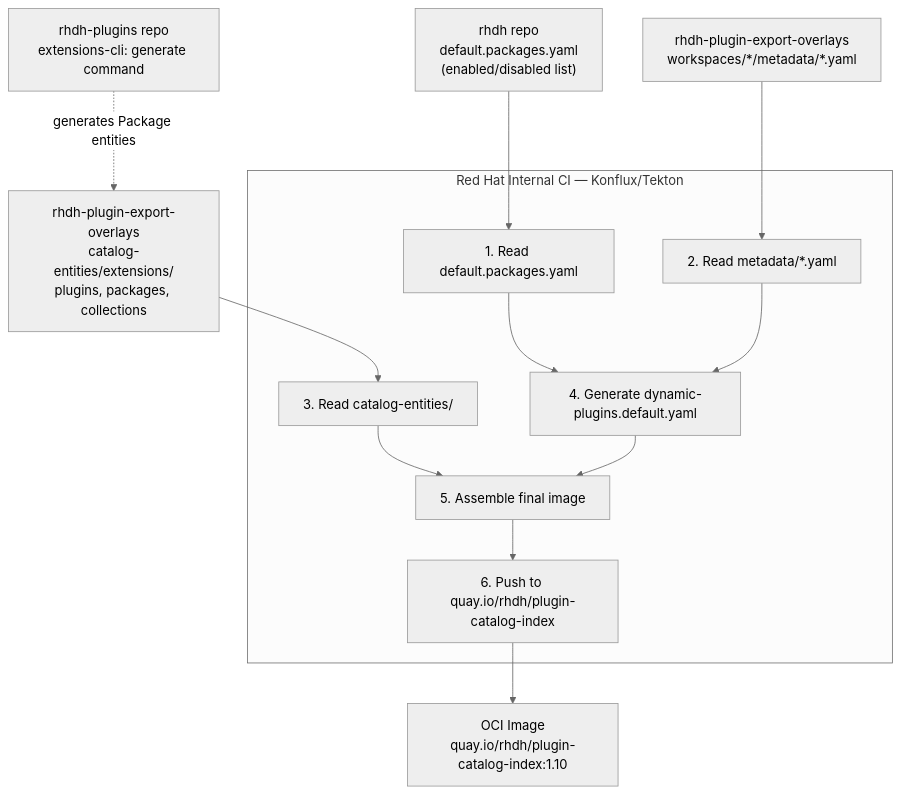
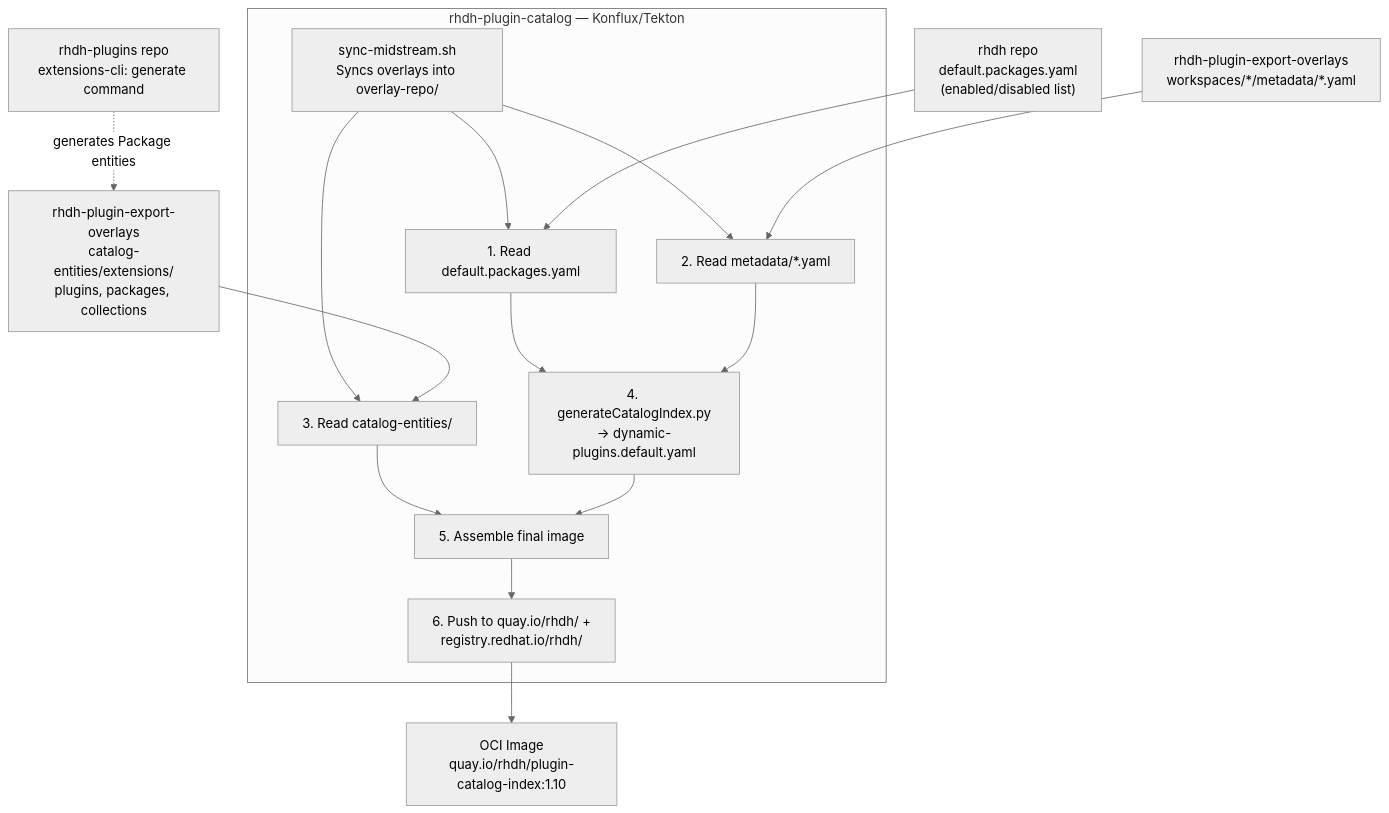
One commit to redhat-developer/rhdh changed the first of 5 diagrams in docs/architecture/catalog-index-build.md. Above: the diagram before and after it, drawn with Mermaid (neutral theme). The commit also changed other lines of this file and 1 other file, not shown here.

First line of the commit message:
docs: convert architecture diagrams to mermaid and add rhdh-plugin-catalog coverage

````diff
--- a/docs/architecture/catalog-index-build.md
+++ b/docs/architecture/catalog-index-build.md
@@ -41,28 +41,32 @@
 ```mermaid
 flowchart TB
     rhdh["rhdh repo<br>default.packages.yaml<br>(enabled/disabled list)"]
     overlays_meta["rhdh-plugin-export-overlays<br>workspaces/*/metadata/*.yaml"]
     overlays_cat["rhdh-plugin-export-overlays<br>catalog-entities/extensions/<br>plugins, packages, collections"]
     extcli["rhdh-plugins repo<br>extensions-cli: generate command"]
 
-    subgraph ci["Red Hat Internal CI — Konflux/Tekton"]
+    subgraph ci["rhdh-plugin-catalog — Konflux/Tekton"]
+        sync["sync-midstream.sh<br>Syncs overlays into overlay-repo/"]
         s1["1. Read default.packages.yaml"]
         s2["2. Read metadata/*.yaml"]
         s3["3. Read catalog-entities/"]
-        s4["4. Generate dynamic-plugins.default.yaml"]
+        s4["4. generateCatalogIndex.py<br>→ dynamic-plugins.default.yaml"]
         s5["5. Assemble final image"]
-        s6["6. Push to quay.io/rhdh/plugin-catalog-index"]
+        s6["6. Push to quay.io/rhdh/ +<br>registry.redhat.io/rhdh/"]
+        sync --> s1
+        sync --> s2
+        sync --> s3
         s1 --> s4
         s2 --> s4
         s3 --> s5
         s4 --> s5 --> s6
     end
 
     output["OCI Image<br>quay.io/rhdh/plugin-catalog-index:1.10"]
 
     rhdh --> s1
     overlays_meta --> s2
     overlays_cat --> s3
     extcli -.->|generates Package entities| overlays_cat
     s6 --> output
 ```
````
